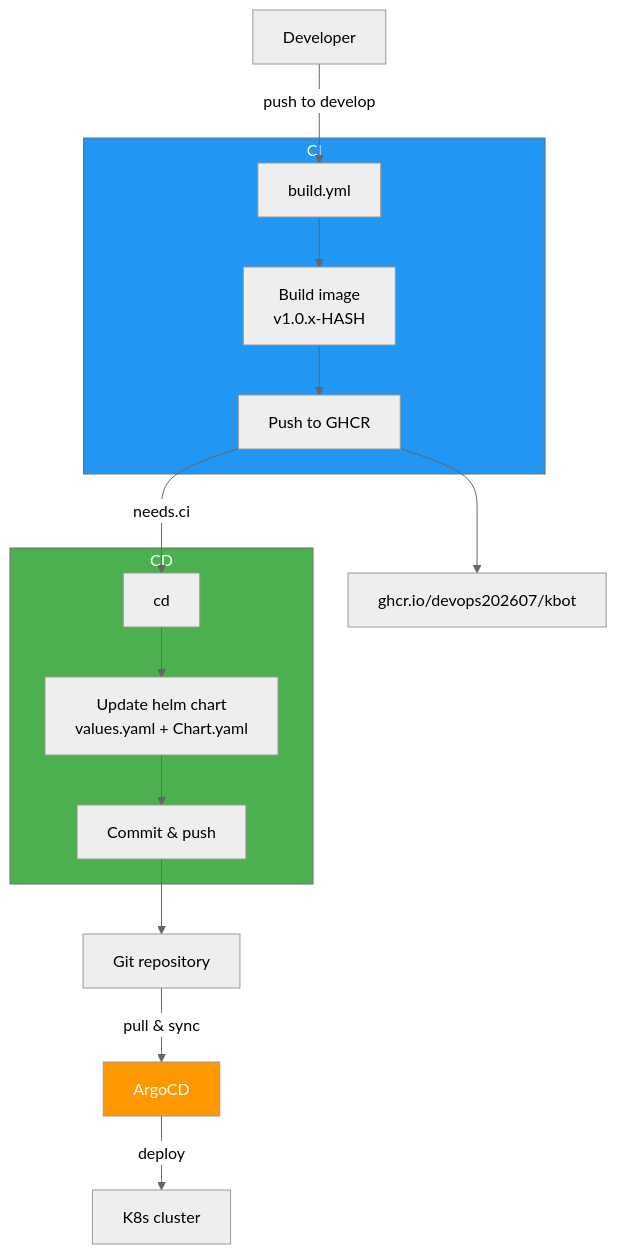
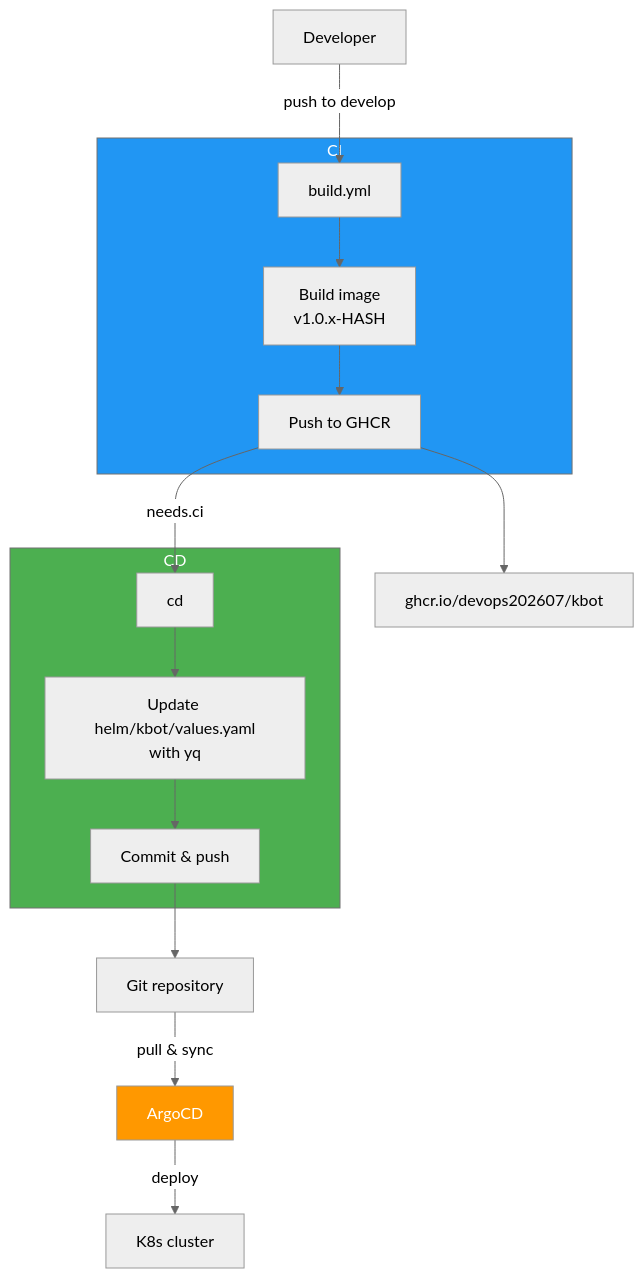
One commit to devops202607/kbot changed the diagram in README.md. Above: the diagram before and after it, drawn with Mermaid (neutral theme). The commit also changed 1 other file, not shown here.

Commit message:
fix: skip workflow on README/helm changes, CD updates only values.yaml

````diff
--- a/README.md
+++ b/README.md
@@ -13,26 +13,26 @@
 ```mermaid
 flowchart TD
     A[Developer] -->|push to develop| B[build.yml]
 
     subgraph ci [CI]
         B --> C[Build image<br/>v1.0.x-HASH]
         C --> D[Push to GHCR]
     end
 
     D -->|needs.ci| E[cd]
 
     subgraph cd [CD]
-        E --> F[Update helm chart<br/>values.yaml + Chart.yaml]
+        E --> F[Update helm/kbot/values.yaml<br/>with yq]
         F --> G[Commit & push]
     end
 
     G --> H[Git repository]
     H -->|pull & sync| I[ArgoCD]
     I -->|deploy| J[K8s cluster]
 
     D --> K[ghcr.io/devops202607/kbot]
 
     style ci fill:#2196f3,color:#fff
     style cd fill:#4caf50,color:#fff
     style I fill:#ff9800,color:#fff
 ```
````
